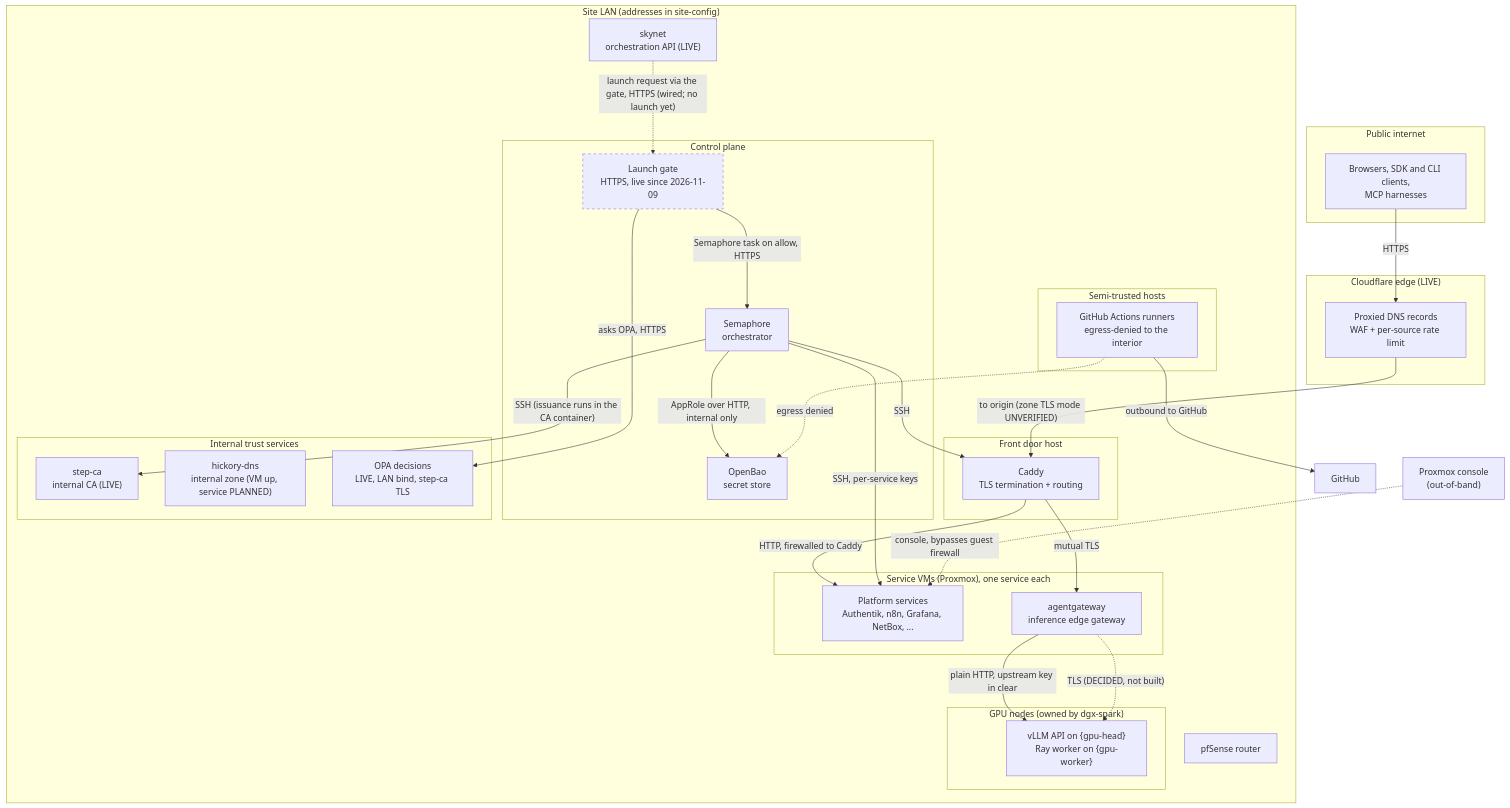
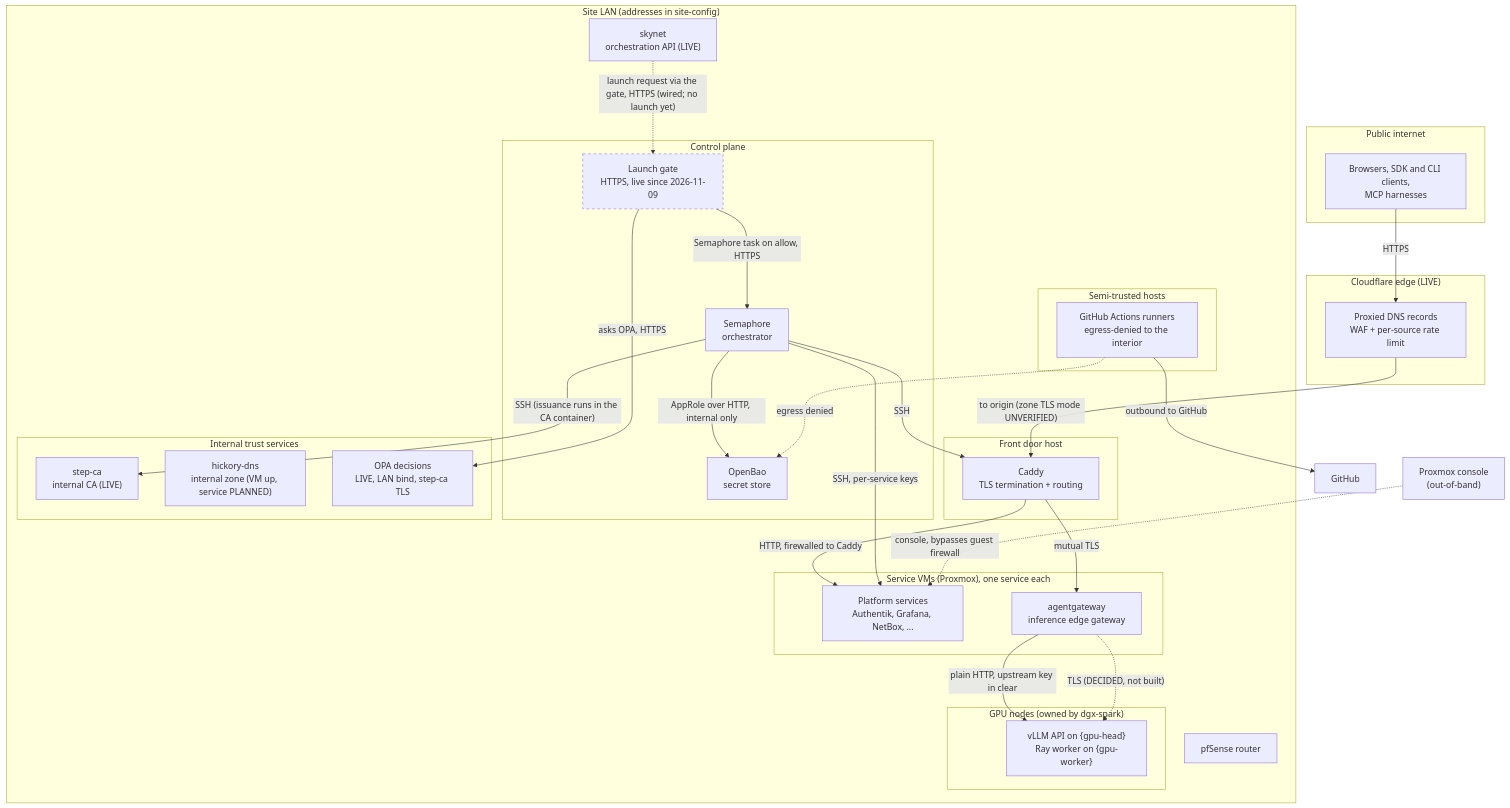
The first of 14 diagrams in plan/architecture/network-architecture.md (uhstray-io/agent-cloud), drawn with Mermaid before and after one commit. The commit also changed other lines of this file and 9 other files, not shown here.

Commit message:
docs(architecture): remove retired platforms

````diff
--- a/plan/architecture/network-architecture.md
+++ b/plan/architecture/network-architecture.md
@@ -87,59 +87,59 @@
 ```mermaid
 flowchart TB
     subgraph PUB["Public internet"]
         CLIENT["Browsers, SDK and CLI clients,<br/>MCP harnesses"]
     end
 
     subgraph EDGE["Cloudflare edge (LIVE)"]
         CF["Proxied DNS records<br/>WAF + per-source rate limit"]
     end
 
     subgraph LAN["Site LAN (addresses in site-config)"]
         subgraph FRONT["Front door host"]
             CADDY["Caddy<br/>TLS termination + routing"]
         end
         subgraph SVC["Service VMs (Proxmox), one service each"]
-            APPS["Platform services<br/>Authentik, n8n, Grafana, NetBox, ..."]
+            APPS["Platform services<br/>Authentik, Grafana, NetBox, ..."]
             AGW["agentgateway<br/>inference edge gateway"]
         end
         subgraph CTRL["Control plane"]
             SEM["Semaphore<br/>orchestrator"]
             BAO["OpenBao<br/>secret store"]
             LG["Launch gate<br/>HTTPS, live since 2026-11-09"]
         end
         subgraph TRUST["Internal trust services"]
             CA["step-ca<br/>internal CA (LIVE)"]
             DNS["hickory-dns<br/>internal zone (VM up, service PLANNED)"]
             OPA["OPA decisions<br/>LIVE, LAN bind, step-ca TLS"]
         end
         subgraph GPU["GPU nodes (owned by dgx-spark)"]
             VLLM["vLLM API on {gpu-head}<br/>Ray worker on {gpu-worker}"]
         end
         subgraph SEMI["Semi-trusted hosts"]
             RUN["GitHub Actions runners<br/>egress-denied to the interior"]
         end
         SKY["skynet<br/>orchestration API (LIVE)"]
         PFS["pfSense router"]
     end
 
     PVE["Proxmox console<br/>(out-of-band)"]
 
     CLIENT -->|"HTTPS"| CF
     CF -->|"to origin (zone TLS mode UNVERIFIED)"| CADDY
     CADDY -->|"HTTP, firewalled to Caddy"| APPS
     CADDY -->|"mutual TLS"| AGW
     AGW -->|"plain HTTP, upstream key in clear"| VLLM
     AGW -. "TLS (DECIDED, not built)" .-> VLLM
     SEM -->|"SSH, per-service keys"| APPS
     SEM -->|"SSH"| CADDY
     LG -->|"Semaphore task on allow, HTTPS"| SEM
     LG -->|"asks OPA, HTTPS"| OPA
     SKY -. "launch request via the gate, HTTPS (wired; no launch yet)" .-> LG
     SEM -->|"AppRole over HTTP, internal only"| BAO
     SEM -->|"SSH (issuance runs in the CA container)"| CA
     GH["GitHub"]
     RUN -->|"outbound to GitHub"| GH
     RUN -. "egress denied" .-> BAO
     PVE -. "console, bypasses guest firewall" .-> APPS
     style LG stroke-dasharray: 5 5
 ```
````
